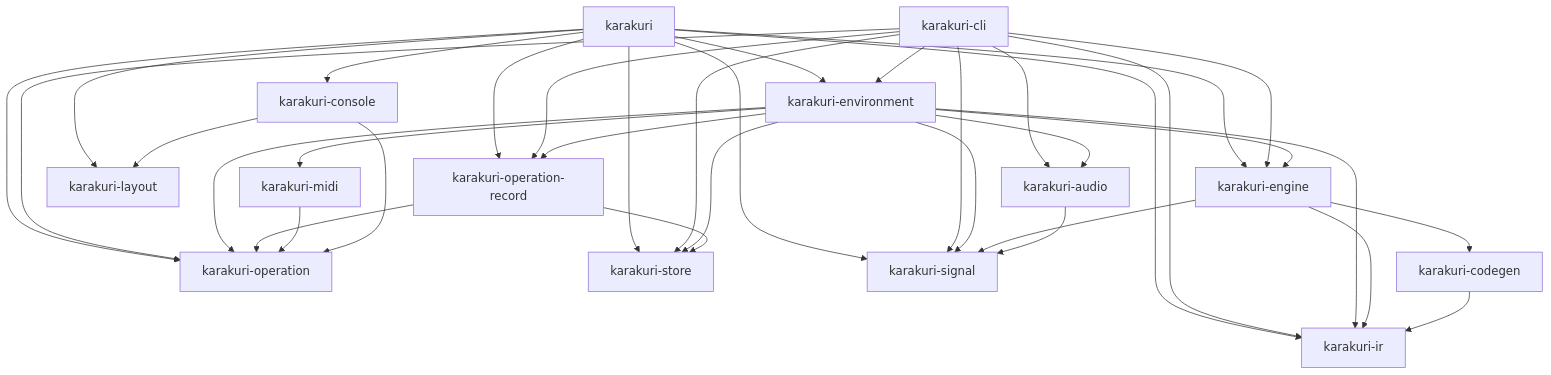
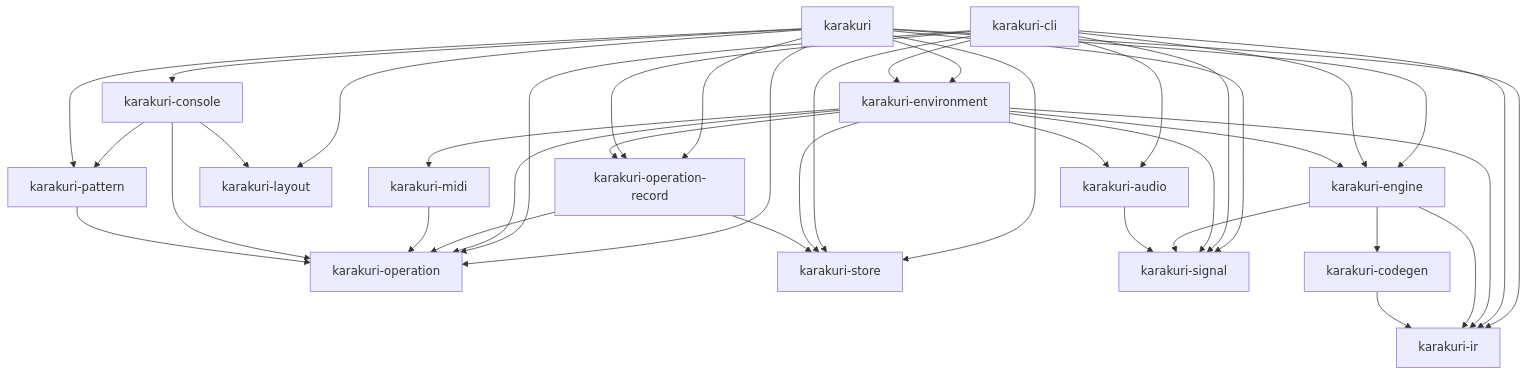
One commit to toyoshim-i/Karakuri changed the first of 3 diagrams in docs/architecture.md. Above: the diagram before and after it, drawn with Mermaid. The commit also changed other lines of this file and 72 other files, not shown here.

````diff
--- a/docs/architecture.md
+++ b/docs/architecture.md
@@ -30,46 +30,51 @@
 ```mermaid
 graph TD
     APP[karakuri] --> CONSOLE
     APP --> ENV
     APP --> ENGINE
     APP --> OPRECORD
     APP --> OPERATION
     APP --> STORE
     APP --> IR
     APP --> LAYOUT
     APP --> SIGNAL
 
     CLI[karakuri-cli] --> ENV[karakuri-environment]
     CLI --> ENGINE[karakuri-engine]
     CLI --> OPRECORD[karakuri-operation-record]
     CLI --> OPERATION
     CLI --> AUDIO[karakuri-audio]
     CLI --> STORE[karakuri-store]
     CLI --> IR[karakuri-ir]
     CLI --> SIGNAL[karakuri-signal]
 
     ENV --> ENGINE
     ENV --> AUDIO
     ENV --> MIDI[karakuri-midi]
     ENV --> STORE
     ENV --> IR
     ENV --> SIGNAL
     ENV --> OPERATION
     ENV --> OPRECORD
 
     OPRECORD --> OPERATION
     OPRECORD --> STORE
 
     MIDI --> OPERATION
 
     CONSOLE[karakuri-console] --> LAYOUT[karakuri-layout]
     CONSOLE --> OPERATION[karakuri-operation]
+    CONSOLE --> PATTERN[karakuri-pattern]
+
+    PATTERN --> OPERATION
+
+    APP --> PATTERN
 
     ENGINE --> CODEGEN[karakuri-codegen]
     ENGINE --> IR
     ENGINE --> SIGNAL
 
     CODEGEN --> IR
 
     AUDIO --> SIGNAL
 ```
````
